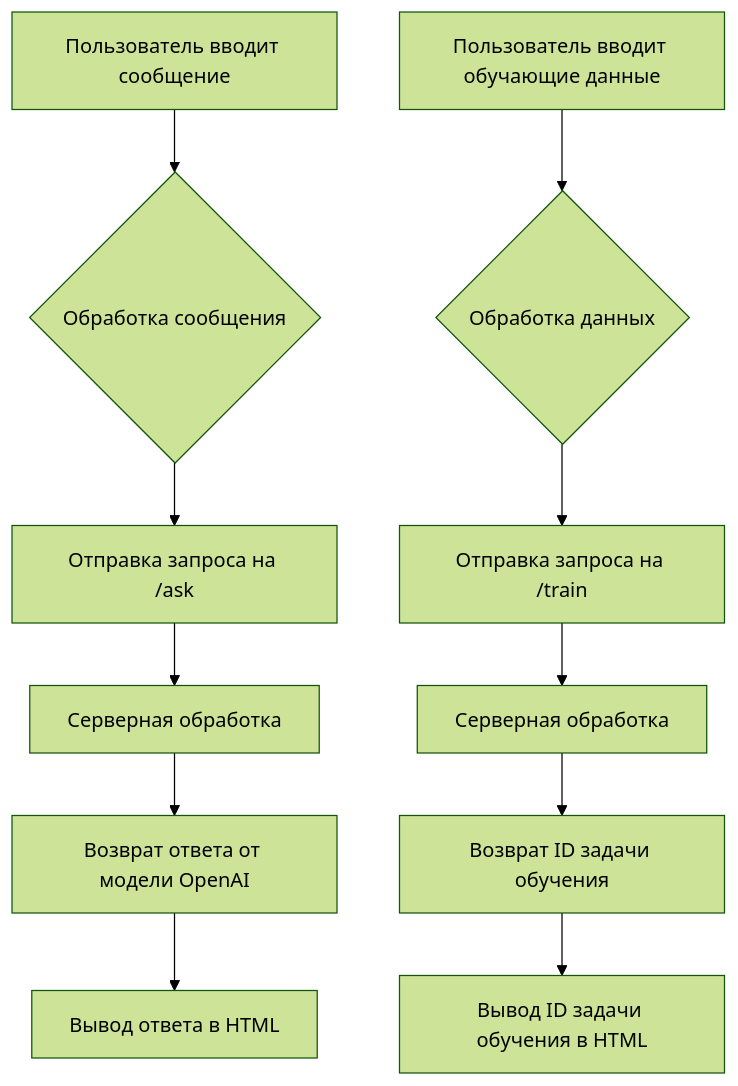
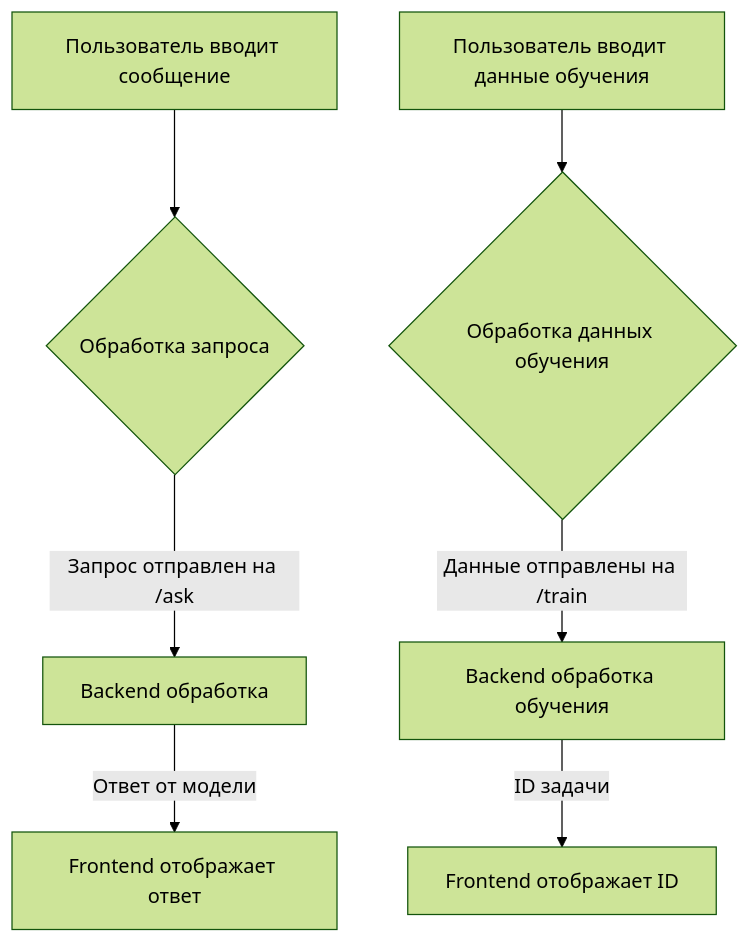
One commit to hypo69/hypo changed the first of 2 diagrams in docs/gemini/ru/explainer/src/fast_api/html/openai/index.md. Above: the diagram before and after it, drawn with Mermaid (forest theme). The commit also changed other lines of this file and 468 other files, not shown here.

````diff
--- a/docs/gemini/ru/explainer/src/fast_api/html/openai/index.md
+++ b/docs/gemini/ru/explainer/src/fast_api/html/openai/index.md
@@ -12,14 +12,9 @@
 ```mermaid
 graph TD
-    A[Пользователь вводит сообщение] --> B{Обработка сообщения};
-    B --> C[Отправка запроса на /ask];
-    C --> D[Серверная обработка];
-    D --> E[Возврат ответа от модели OpenAI];
-    E --> F[Вывод ответа в HTML];
-
-    G[Пользователь вводит обучающие данные] --> H{Обработка данных};
-    H --> I[Отправка запроса на /train];
-    I --> J[Серверная обработка];
-    J --> K[Возврат ID задачи обучения];
-    K --> L[Вывод ID задачи обучения в HTML];
+    A[Пользователь вводит сообщение] --> B{Обработка запроса};
+    B -- Запрос отправлен на /ask --> C[Backend обработка];
+    C -- Ответ от модели --> D[Frontend отображает ответ];
+    E[Пользователь вводит данные обучения] --> F{Обработка данных обучения};
+    F -- Данные отправлены на /train --> G[Backend обработка обучения];
+    G -- ID задачи --> H[Frontend отображает ID];
 ```
````
